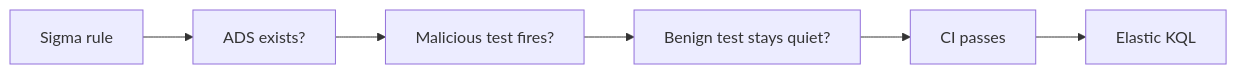
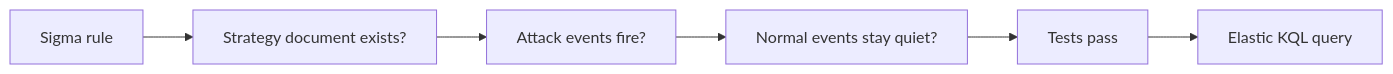
Before and after one commit to Emanuel-Walker/cyber-portfolio: the diagram in 01-detection-as-code/README.md, drawn with Mermaid. The commit also changed other lines of this file and 3 other files, not shown here.

````diff
--- a/01-detection-as-code/README.md
+++ b/01-detection-as-code/README.md
@@ -13,8 +18,8 @@
 ```mermaid
 flowchart LR
-    A[Sigma rule] --> B[ADS exists?]
-    B --> C[Malicious test fires?]
-    C --> D[Benign test stays quiet?]
-    D --> E[CI passes]
-    E --> F[Elastic KQL]
+    A[Sigma rule] --> B[Strategy document exists?]
+    B --> C[Attack events fire?]
+    C --> D[Normal events stay quiet?]
+    D --> E[Tests pass]
+    E --> F[Elastic KQL query]
 ```
````
